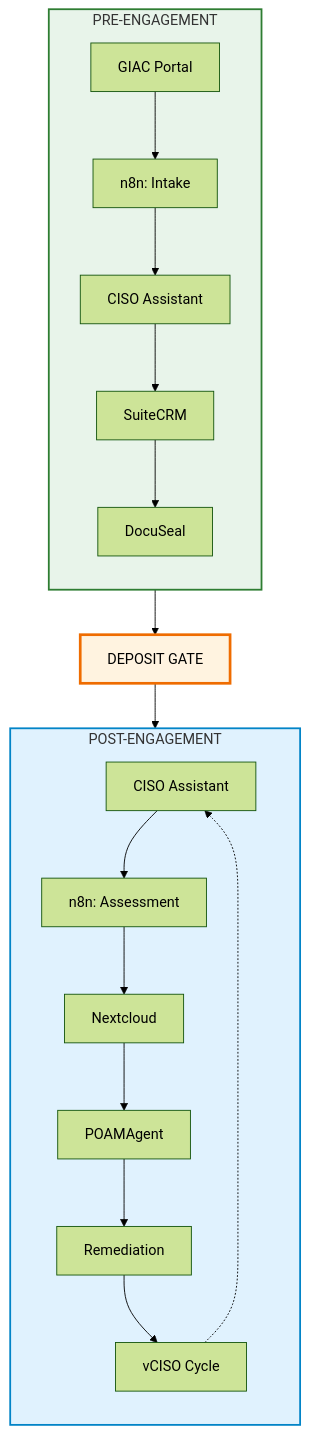
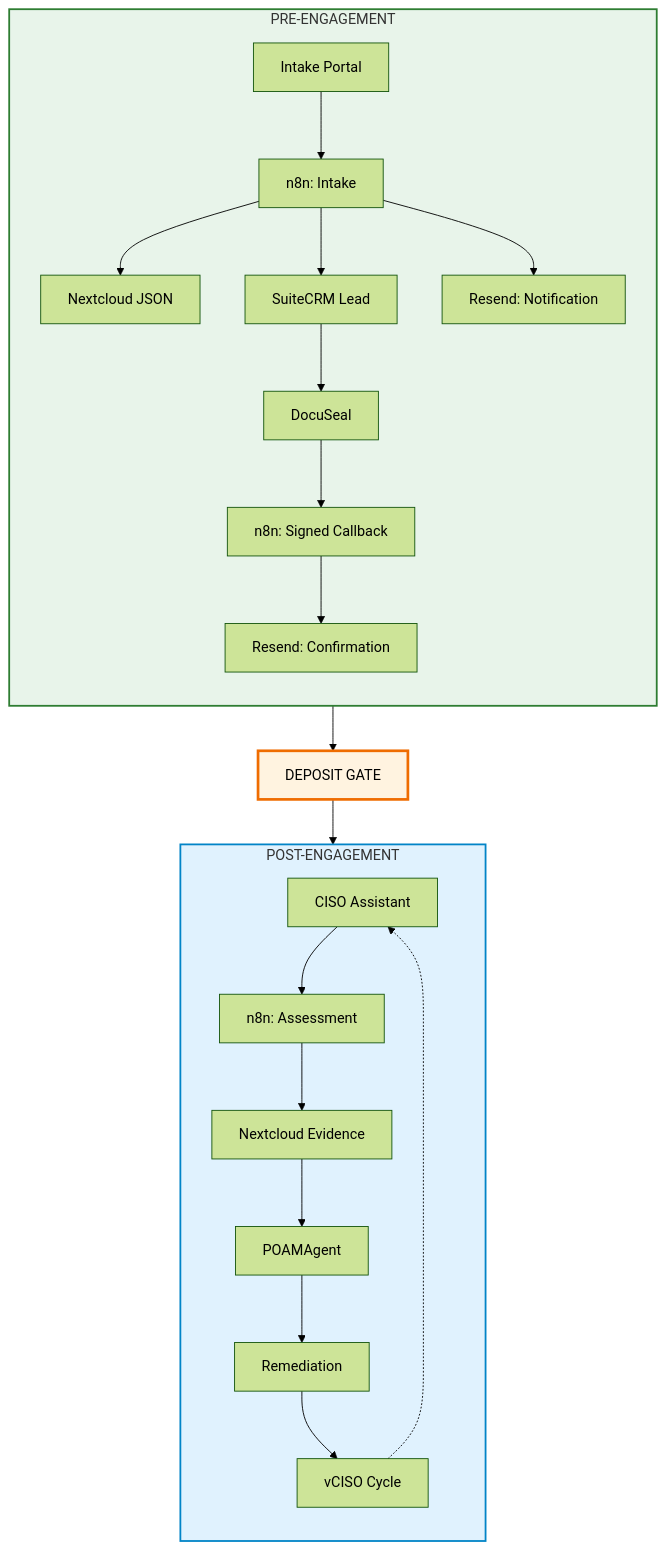
The fourth of 6 diagrams in docs/cybersecurity/giap.md (Pharns/portfolio), drawn with Mermaid (forest theme) before and after one commit. The commit also changed other lines of this file, not shown here.

````diff
--- a/docs/cybersecurity/giap.md
+++ b/docs/cybersecurity/giap.md
@@ -183,29 +202,32 @@
 ```mermaid
 flowchart TB
     subgraph PRE[PRE-ENGAGEMENT]
         direction TB
-        PORTAL[GIAC Portal] --> N8N1[n8n: Intake]
-        N8N1 --> CA[CISO Assistant]
-        CA --> CRM[SuiteCRM]
+        PORTAL[Intake Portal] --> N8N1[n8n: Intake]
+        N8N1 --> NC1[Nextcloud JSON]
+        N8N1 --> CRM[SuiteCRM Lead]
+        N8N1 --> RESEND1[Resend: Notification]
         CRM --> DS[DocuSeal]
+        DS --> N8N2[n8n: Signed Callback]
+        N8N2 --> RESEND2[Resend: Confirmation]
     end
 
     DG[DEPOSIT GATE]
 
     subgraph POST[POST-ENGAGEMENT]
         direction TB
-        CA2[CISO Assistant] --> N8N2[n8n: Assessment]
-        N8N2 --> NC[Nextcloud]
-        NC --> POA[POAMAgent]
+        CA[CISO Assistant] --> N8N3[n8n: Assessment]
+        N8N3 --> NC2[Nextcloud Evidence]
+        NC2 --> POA[POAMAgent]
         POA --> REM[Remediation]
         REM --> VCISO[vCISO Cycle]
     end
 
     DS --> DG
-    DG --> CA2
-    VCISO -.-> CA2
+    DG --> CA
+    VCISO -.-> CA
 
     style PRE fill:#e8f4ea,stroke:#2e7d32,stroke-width:2px
     style POST fill:#e0f2fe,stroke:#0284c7,stroke-width:2px
     style DG fill:#fff3e0,stroke:#ef6c00,stroke-width:3px
 ```
````
